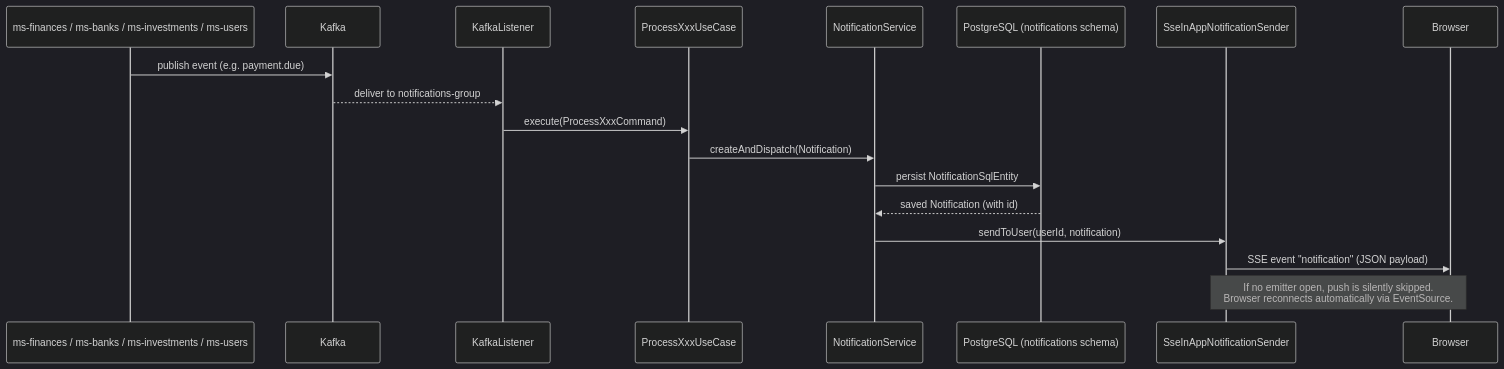
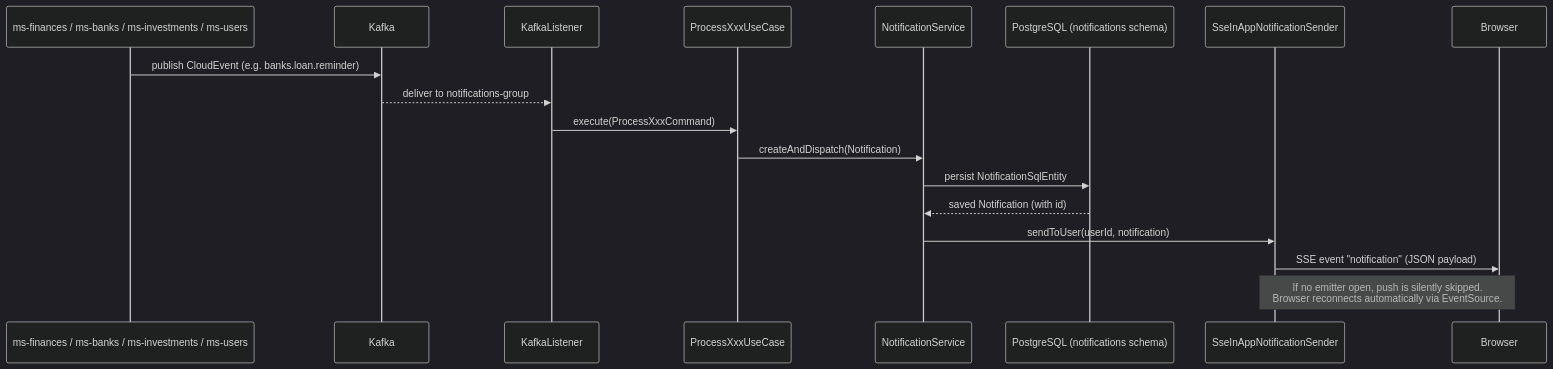
The second of 2 diagrams in docs/specs/services/ms-notifications.md (Sergio-Smirnoff/financial-app), drawn with Mermaid (dark theme) before and after one commit. The commit also changed other lines of this file and 4 other files, not shown here.

Commit message:
docs(specs): sync service specs to CloudEvents Kafka — topic <context>.<event>, binary mode, outbox everywhere, ce_id dedup, DLQ; banks producer role; reminders moved from finances to banks

````diff
--- a/docs/specs/services/ms-notifications.md
+++ b/docs/specs/services/ms-notifications.md
@@ -256,21 +262,21 @@
 ```mermaid
 sequenceDiagram
     participant Producer as ms-finances / ms-banks / ms-investments / ms-users
     participant Kafka
     participant Listener as KafkaListener
     participant UseCase as ProcessXxxUseCase
     participant Service as NotificationService
     participant DB as PostgreSQL (notifications schema)
     participant SSE as SseInAppNotificationSender
     participant Browser
 
-    Producer->>Kafka: publish event (e.g. payment.due)
+    Producer->>Kafka: publish CloudEvent (e.g. banks.loan.reminder)
     Kafka-->>Listener: deliver to notifications-group
     Listener->>UseCase: execute(ProcessXxxCommand)
     UseCase->>Service: createAndDispatch(Notification)
     Service->>DB: persist NotificationSqlEntity
     DB-->>Service: saved Notification (with id)
     Service->>SSE: sendToUser(userId, notification)
     SSE->>Browser: SSE event "notification" (JSON payload)
     Note over SSE,Browser: If no emitter open, push is silently skipped.<br/>Browser reconnects automatically via EventSource.
 ```
````
